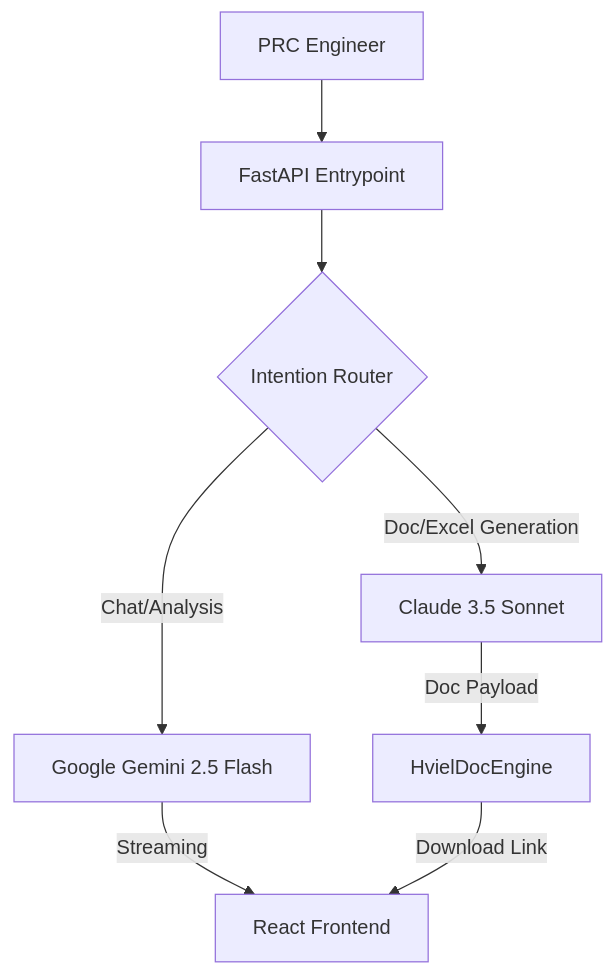
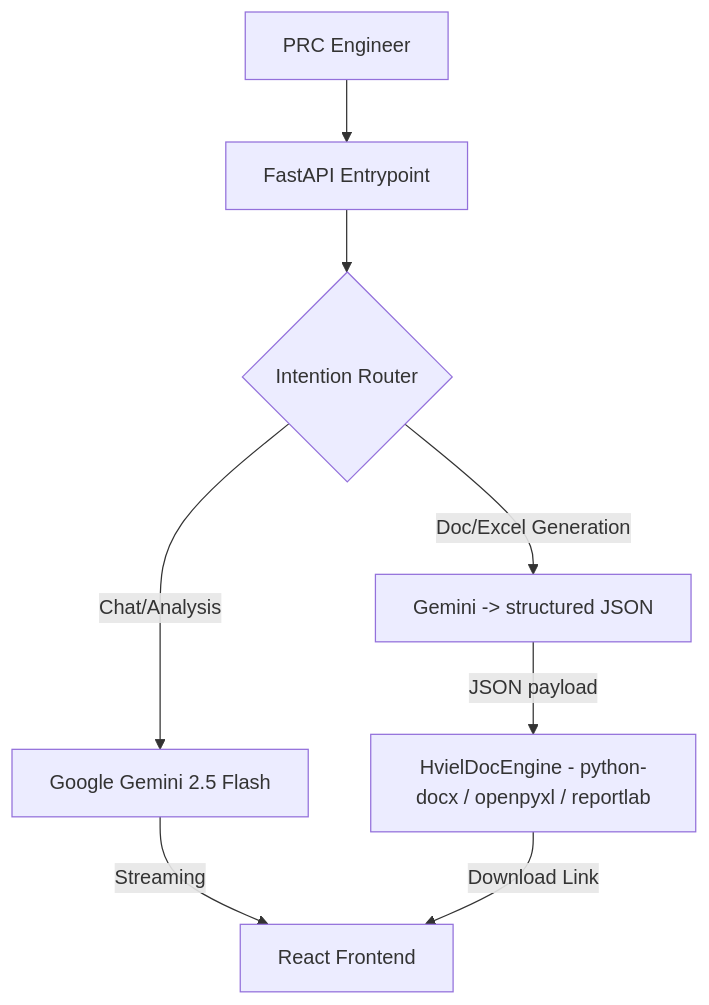
The diagram in ARCHITECTURE.md (afel6/scal-ai-pipeline), drawn with Mermaid before and after one commit. The commit also changed other lines of this file and 12 other files, not shown here.

````diff
--- a/ARCHITECTURE.md
+++ b/ARCHITECTURE.md
@@ -8,10 +19,10 @@
 ```mermaid
 graph TD
     User[PRC Engineer] --> API[FastAPI Entrypoint]
     API --> Router{Intention Router}
     Router -->|Chat/Analysis| Gemini[Google Gemini 2.5 Flash]
-    Router -->|Doc/Excel Generation| Claude[Claude 3.5 Sonnet]
+    Router -->|Doc/Excel Generation| GeminiJSON[Gemini -> structured JSON]
     Gemini -->|Streaming| UI[React Frontend]
-    Claude -->|Doc Payload| DocEngine[HvielDocEngine]
+    GeminiJSON -->|JSON payload| DocEngine[HvielDocEngine - python-docx / openpyxl / reportlab]
     DocEngine -->|Download Link| UI
 ```
````
